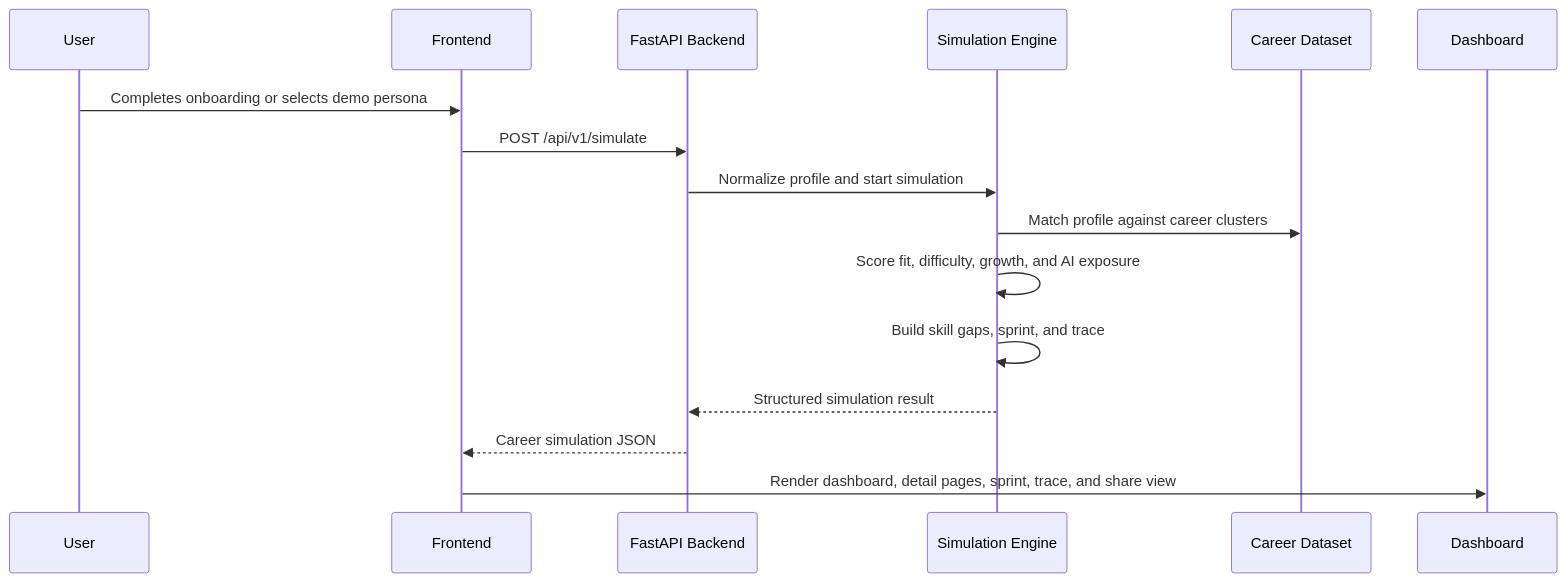
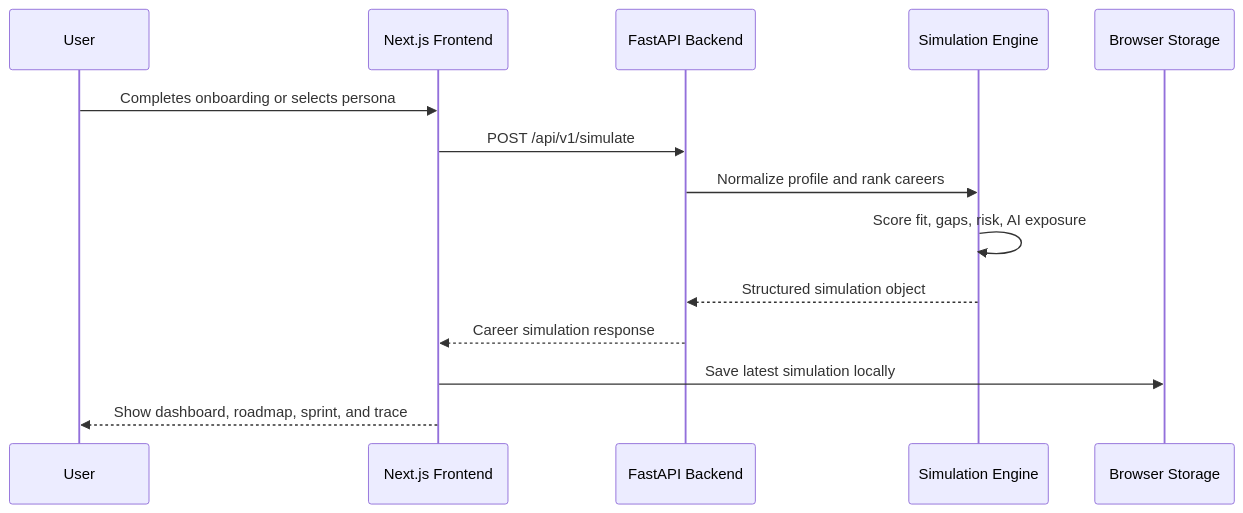
The second of 3 diagrams in README.md (Dhruvg334/Daedalus), drawn with Mermaid before and after one commit. The commit also changed other lines of this file and 18 other files, not shown here.

````diff
--- a/README.md
+++ b/README.md
@@ -101,19 +78,17 @@
 ```mermaid
 sequenceDiagram
     participant U as User
-    participant FE as Frontend
-    participant BE as FastAPI Backend
-    participant SE as Simulation Engine
-    participant DS as Career Dataset
-    participant UI as Dashboard
+    participant FE as Next.js Frontend
+    participant API as FastAPI Backend
+    participant Engine as Simulation Engine
+    participant Store as Browser Storage
 
-    U->>FE: Completes onboarding or selects demo persona
-    FE->>BE: POST /api/v1/simulate
-    BE->>SE: Normalize profile and start simulation
-    SE->>DS: Match profile against career clusters
-    SE->>SE: Score fit, difficulty, growth, and AI exposure
-    SE->>SE: Build skill gaps, sprint, and trace
-    SE-->>BE: Structured simulation result
-    BE-->>FE: Career simulation JSON
-    FE->>UI: Render dashboard, detail pages, sprint, trace, and share view
+    U->>FE: Completes onboarding or selects persona
+    FE->>API: POST /api/v1/simulate
+    API->>Engine: Normalize profile and rank careers
+    Engine->>Engine: Score fit, gaps, risk, AI exposure
+    Engine-->>API: Structured simulation object
+    API-->>FE: Career simulation response
+    FE->>Store: Save latest simulation locally
+    FE-->>U: Show dashboard, roadmap, sprint, and trace
 ```
````
